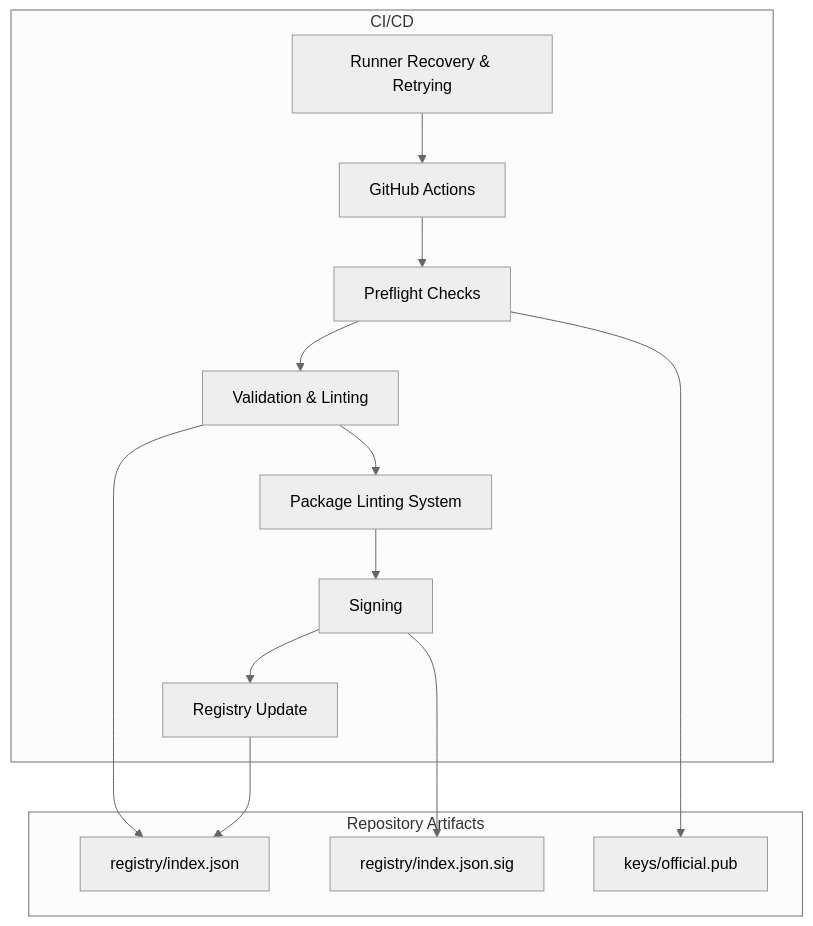
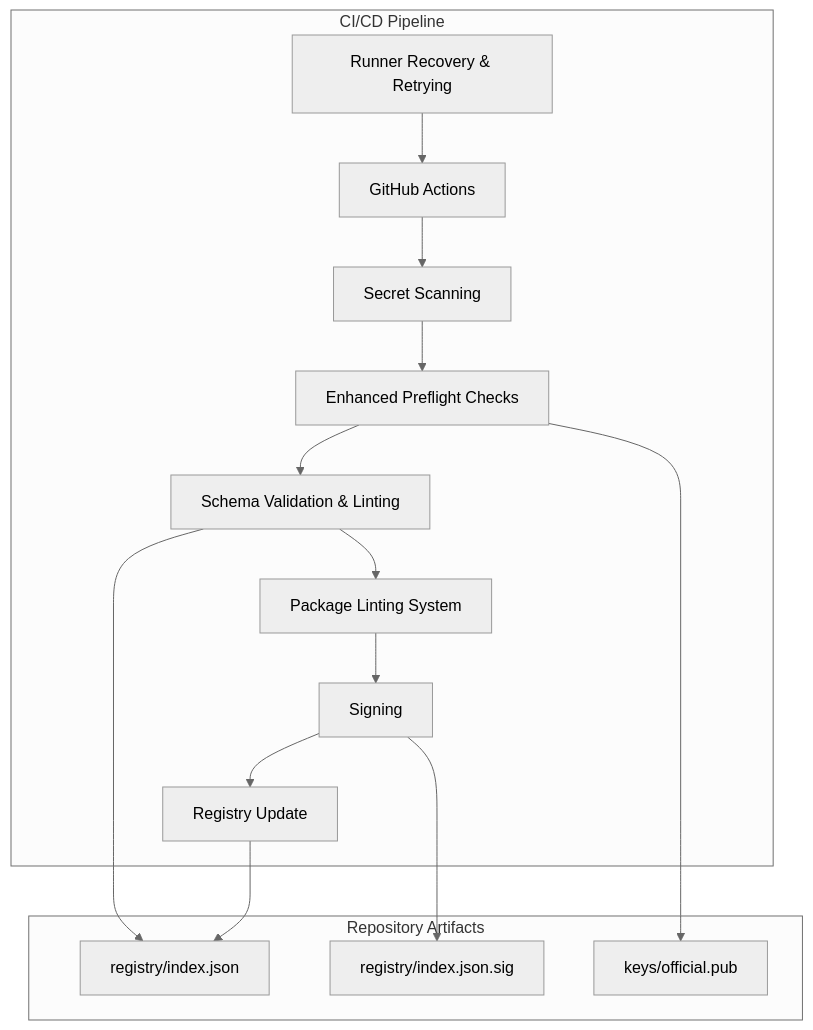
One commit to tonythethompson/numan-registry changed the first of 3 diagrams in .qoder/repowiki/en/content/CI_CD Integration.md. Above: the diagram before and after it, drawn with Mermaid (neutral theme). The commit also changed other lines of this file and 37 other files, not shown here.

Commit message:
Add CLAUDE.md, expand backlog schema, update docs

````diff
--- a/.qoder/repowiki/en/content/CI_CD Integration.md
+++ b/.qoder/repowiki/en/content/CI_CD Integration.md
@@ -55,23 +54,24 @@
 ```mermaid
 graph TB
-subgraph "CI/CD"
+subgraph "CI/CD Pipeline"
 GH["GitHub Actions"]
-Preflight["Preflight Checks"]
-Validate["Validation & Linting"]
-Lint["Package Linting System"]
+SecretScan["Secret Scanning"]
+Preflight["Enhanced Preflight Checks"]
+Validate["Schema Validation & Linting"]
+LintSys["Package Linting System"]
 Sign["Signing"]
 Update["Registry Update"]
 Recovery["Runner Recovery & Retrying"]
 end
 subgraph "Repository Artifacts"
 Index["registry/index.json"]
 Sig["registry/index.json.sig"]
 PubKey["keys/official.pub"]
 end
-GH --> Preflight --> Validate --> Lint --> Sign --> Update
+GH --> SecretScan --> Preflight --> Validate --> LintSys --> Sign --> Update
 Update --> Index
 Sign --> Sig
 Validate --> Index
 Preflight --> PubKey
 Recovery --> GH
 ```
````
